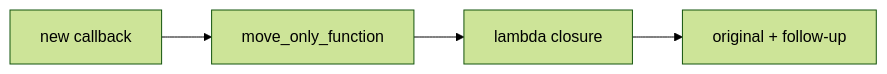
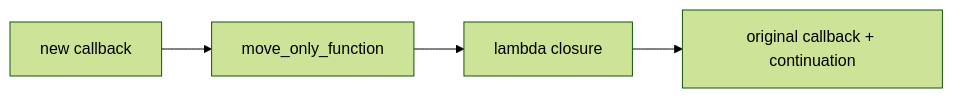
Before and after one commit to Awesome-Embedded-Learning-Studio/Tutorial_AwesomeModernCPP: the diagram in documents/en/vol9-open-source-project-learn/chrome/01_once_callback/hands_on/02-once-callback-implementation.md, drawn with Mermaid (forest theme). The commit also changed other lines of this file and 605 other files, not shown here.

````diff
--- a/documents/en/vol9-open-source-project-learn/chrome/01_once_callback/hands_on/02-once-callback-implementation.md
+++ b/documents/en/vol9-open-source-project-learn/chrome/01_once_callback/hands_on/02-once-callback-implementation.md
@@ -315,4 +321,4 @@
 ```mermaid
 graph LR
-    A["new callback"] --> B["move_only_function"] --> C["lambda closure"] --> D["original + follow-up"]
+    A["new callback"] --> B["move_only_function"] --> C["lambda closure"] --> D["original callback + continuation"]
 ```
````
